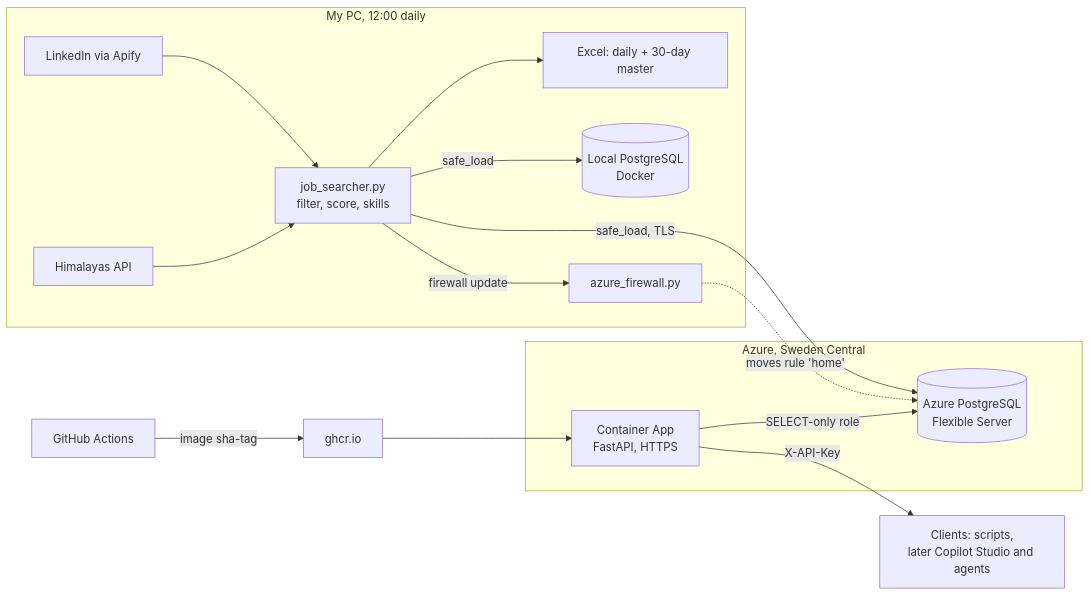
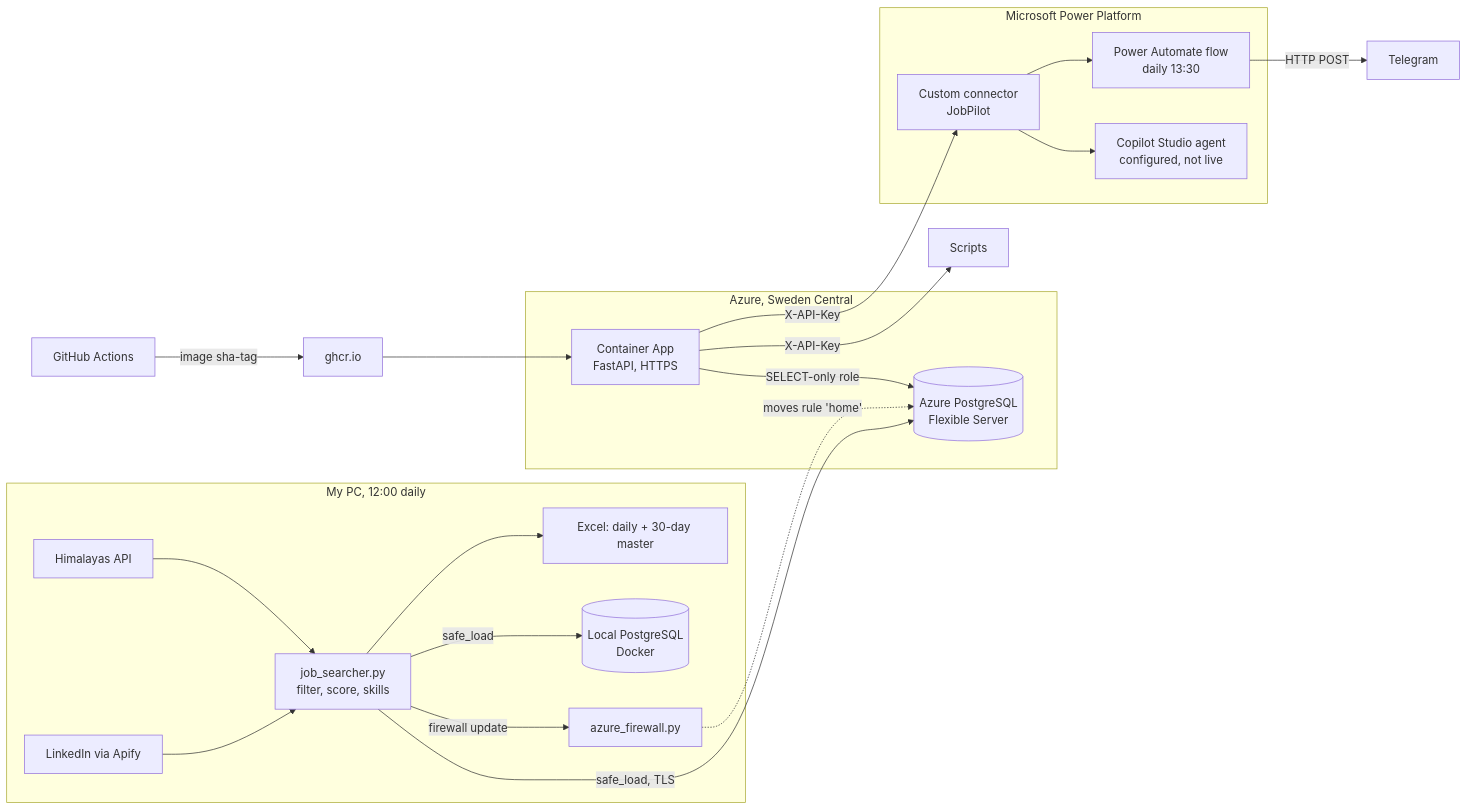
One commit to kaankababulut/jobpilot changed the diagram in README.md. Above: the diagram before and after it, drawn with Mermaid. The commit also changed other lines of this file and 5 other files, not shown here.

First line of the commit message:
Document step 5: Power Platform connector, daily Telegram flow, Copilot Studio agent

````diff
--- a/README.md
+++ b/README.md
@@ -18,20 +18,26 @@
 ```mermaid
 flowchart LR
     subgraph PC[My PC, 12:00 daily]
         A[LinkedIn via Apify] --> J[job_searcher.py<br/>filter, score, skills]
         H[Himalayas API] --> J
         J --> X[Excel: daily + 30-day master]
         J -- safe_load --> P[(Local PostgreSQL<br/>Docker)]
         J -- firewall update --> F[azure_firewall.py]
     end
     subgraph AZ[Azure, Sweden Central]
         Z[(Azure PostgreSQL<br/>Flexible Server)]
         API[Container App<br/>FastAPI, HTTPS]
     end
     J -- safe_load, TLS --> Z
     F -. moves rule 'home' .-> Z
     API -- SELECT-only role --> Z
     GH[GitHub Actions] -- image sha-tag --> R[ghcr.io]
     R --> API
-    API -- X-API-Key --> C[Clients: scripts,<br/>later Copilot Studio and agents]
+    API -- X-API-Key --> C[Scripts]
+    subgraph PP[Microsoft Power Platform]
+        CC[Custom connector<br/>JobPilot] --> FL[Power Automate flow<br/>daily 13:30]
+        CC --> AG[Copilot Studio agent<br/>configured, not live]
+    end
+    API -- X-API-Key --> CC
+    FL -- HTTP POST --> TG[Telegram]
 ```
````
